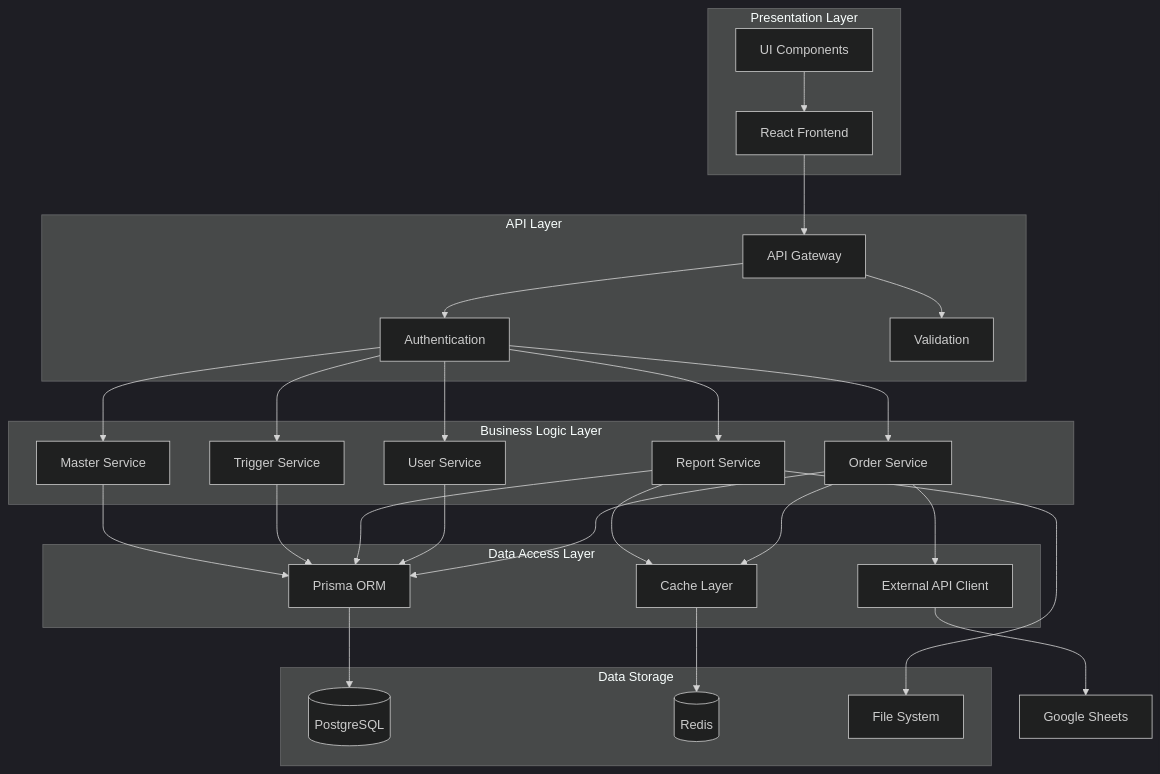
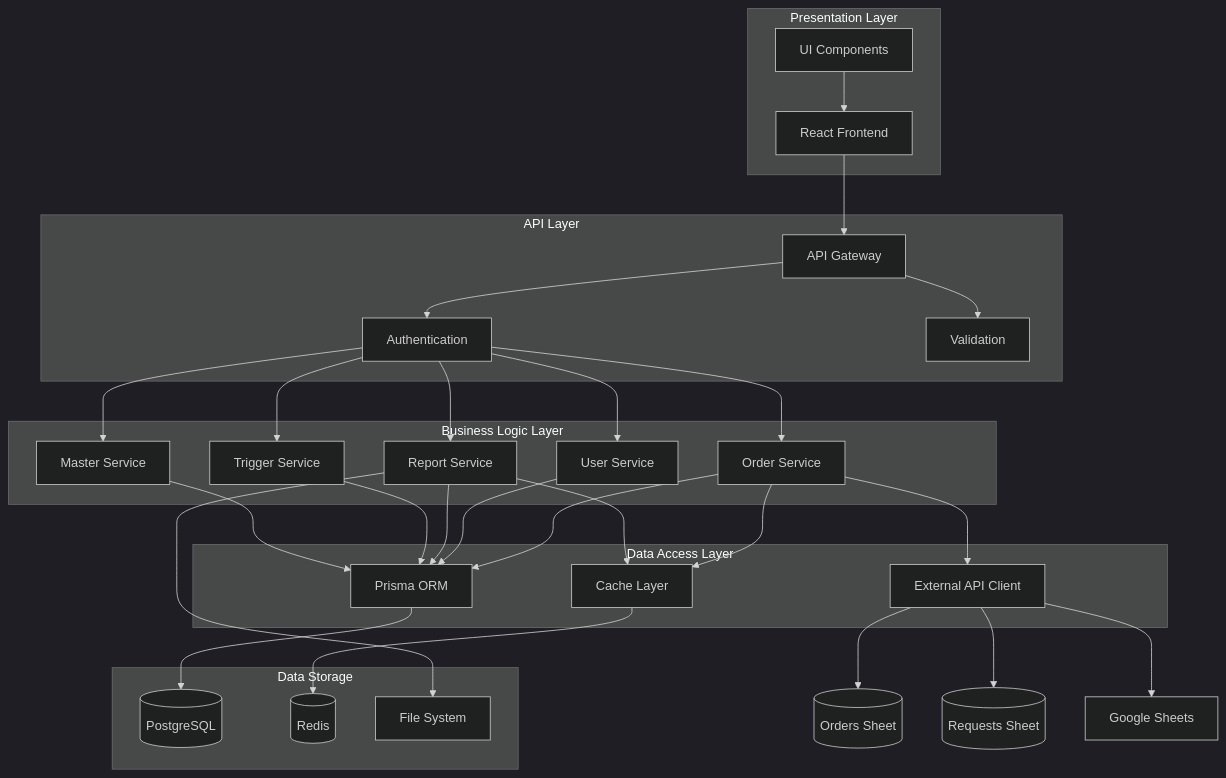
Before and after one commit to 0046-shun/studix: the third of 11 diagrams in docs/システムアーキテクチャ設計書.md, drawn with Mermaid (dark theme). The commit also changed other lines of this file and 28 other files, not shown here.

````diff
--- a/docs/システムアーキテクチャ設計書.md
+++ b/docs/システムアーキテクチャ設計書.md
@@ -147,55 +151,57 @@
 ```mermaid
 graph TB
     subgraph "Presentation Layer"
         UI[React Frontend]
         COMP[UI Components]
     end
     
     subgraph "API Layer"
         GATEWAY[API Gateway]
         AUTH[Authentication]
         VALID[Validation]
     end
     
     subgraph "Business Logic Layer"
         ORDER[Order Service]
         USER[User Service]
         REPORT[Report Service]
         TRIGGER[Trigger Service]
         MASTER[Master Service]
     end
     
     subgraph "Data Access Layer"
         ORM[Prisma ORM]
         CACHE_LAYER[Cache Layer]
         EXTERNAL[External API Client]
     end
     
     subgraph "Data Storage"
         POSTGRES[(PostgreSQL)]
         REDIS[(Redis)]
         FILES[File System]
     end
     
     UI --> GATEWAY
     COMP --> UI
     GATEWAY --> AUTH
     GATEWAY --> VALID
     AUTH --> ORDER
     AUTH --> USER
     AUTH --> REPORT
     AUTH --> TRIGGER
     AUTH --> MASTER
     ORDER --> ORM
     USER --> ORM
     REPORT --> ORM
     TRIGGER --> ORM
     MASTER --> ORM
     ORDER --> CACHE_LAYER
     REPORT --> CACHE_LAYER
     ORDER --> EXTERNAL
+    EXTERNAL --> GS_ORDERS[(Orders Sheet)]
+    EXTERNAL --> GS_REQUESTS[(Requests Sheet)]
     ORM --> POSTGRES
     CACHE_LAYER --> REDIS
     REPORT --> FILES
     EXTERNAL --> GS[Google Sheets]
 ```
````
